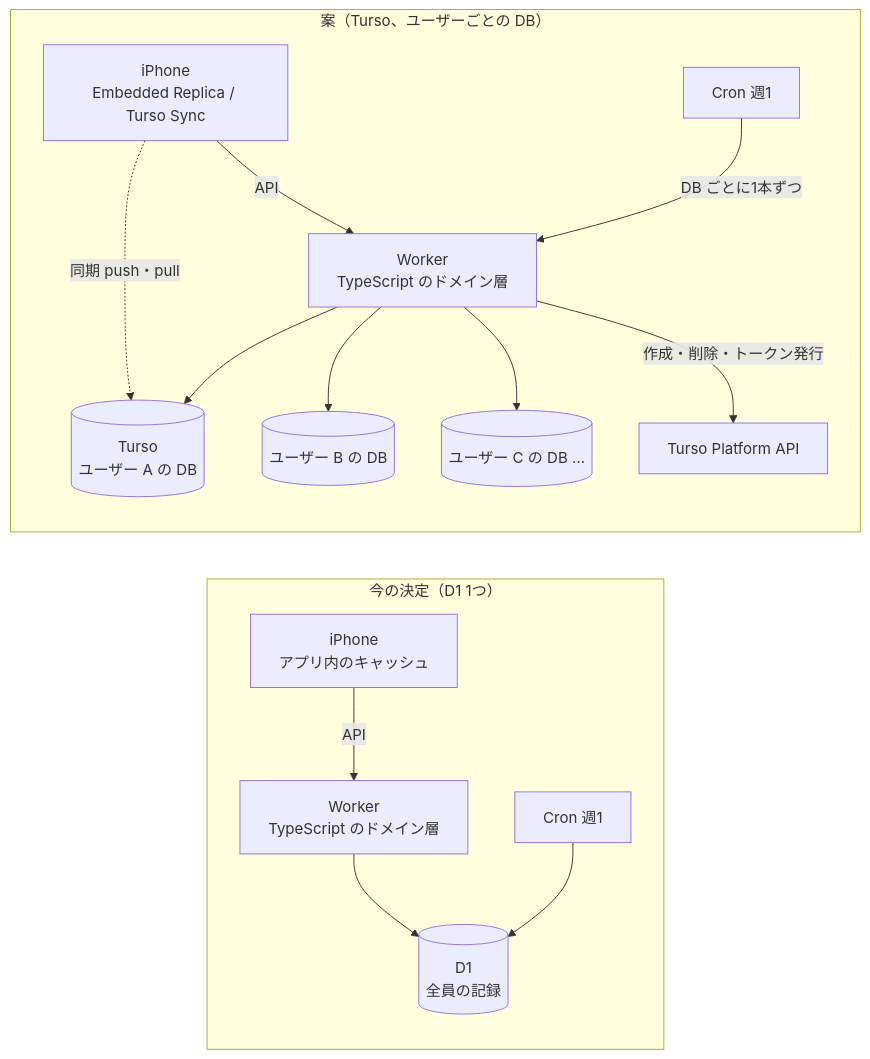
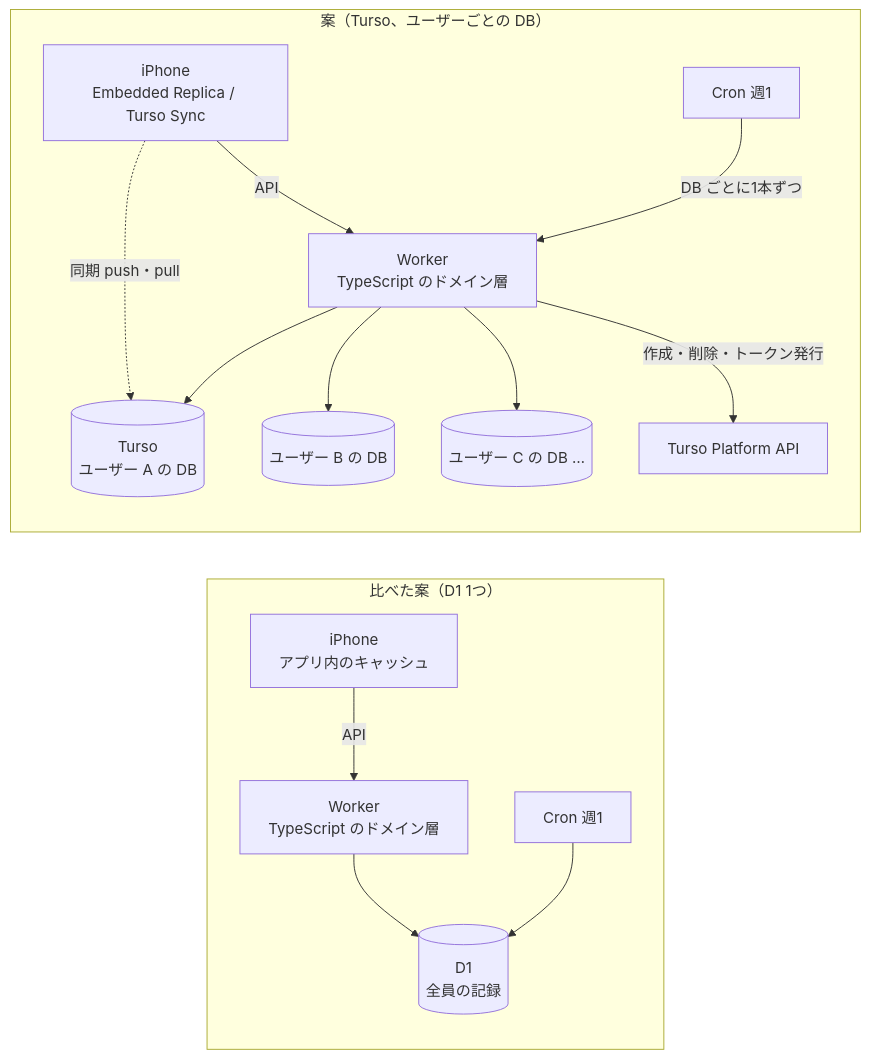
Before and after one commit to gn-t-k/nu-tori: the first of 7 diagrams in docs/research/turso.md, drawn with Mermaid. The commit also changed other lines of this file and 4 other files, not shown here.

````diff
--- a/docs/research/turso.md
+++ b/docs/research/turso.md
@@ -52,17 +52,17 @@
 ```mermaid
 flowchart LR
-  subgraph Now["今の決定（D1 1つ）"]
+  subgraph Now["比べた案（D1 1つ）"]
     A1[iPhone<br/>アプリ内のキャッシュ] -->|API| W1[Worker<br/>TypeScript のドメイン層]
     W1 --> D1[(D1<br/>全員の記録)]
     C1[Cron 週1] --> D1
   end
   subgraph Plan["案（Turso、ユーザーごとの DB）"]
     A2[iPhone<br/>Embedded Replica / Turso Sync] -.->|同期 push・pull| T2[(Turso<br/>ユーザー A の DB)]
     A2 -->|API| W2[Worker<br/>TypeScript のドメイン層]
     W2 --> T2
     W2 --> T3[(ユーザー B の DB)]
     W2 --> T4[(ユーザー C の DB …)]
     C2[Cron 週1] -->|DB ごとに1本ずつ| W2
     W2 -->|作成・削除・トークン発行| P[Turso Platform API]
   end
 ```
````
